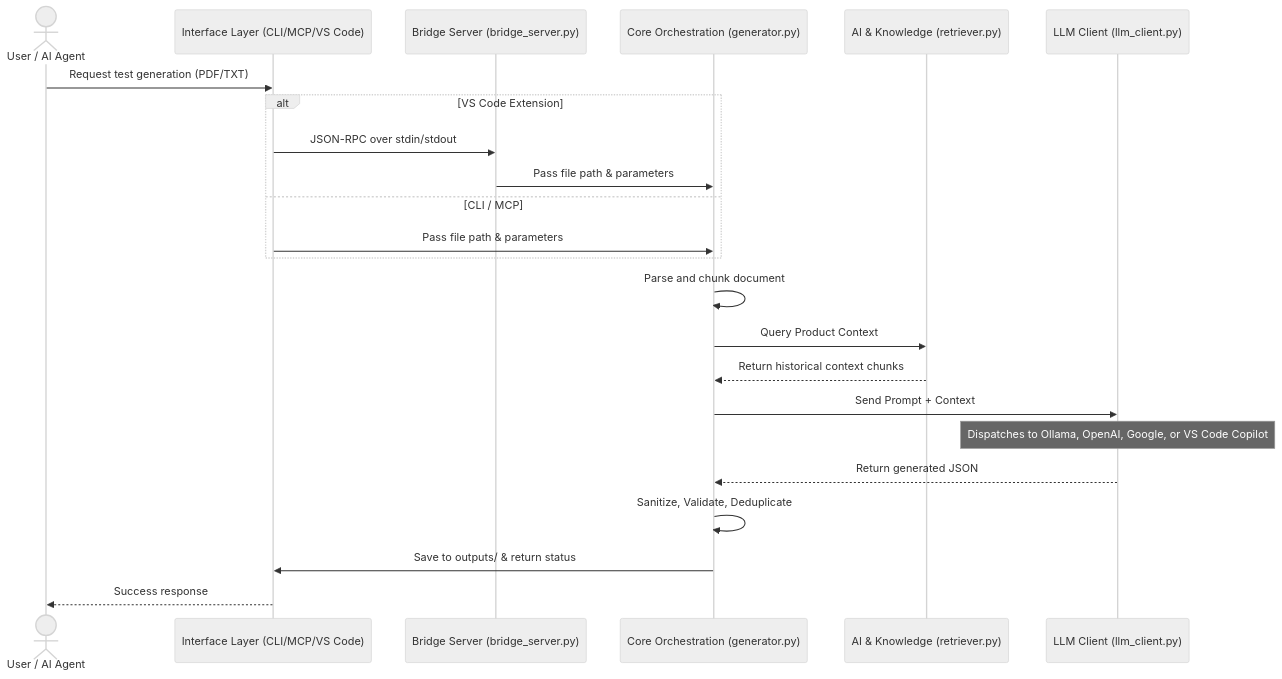
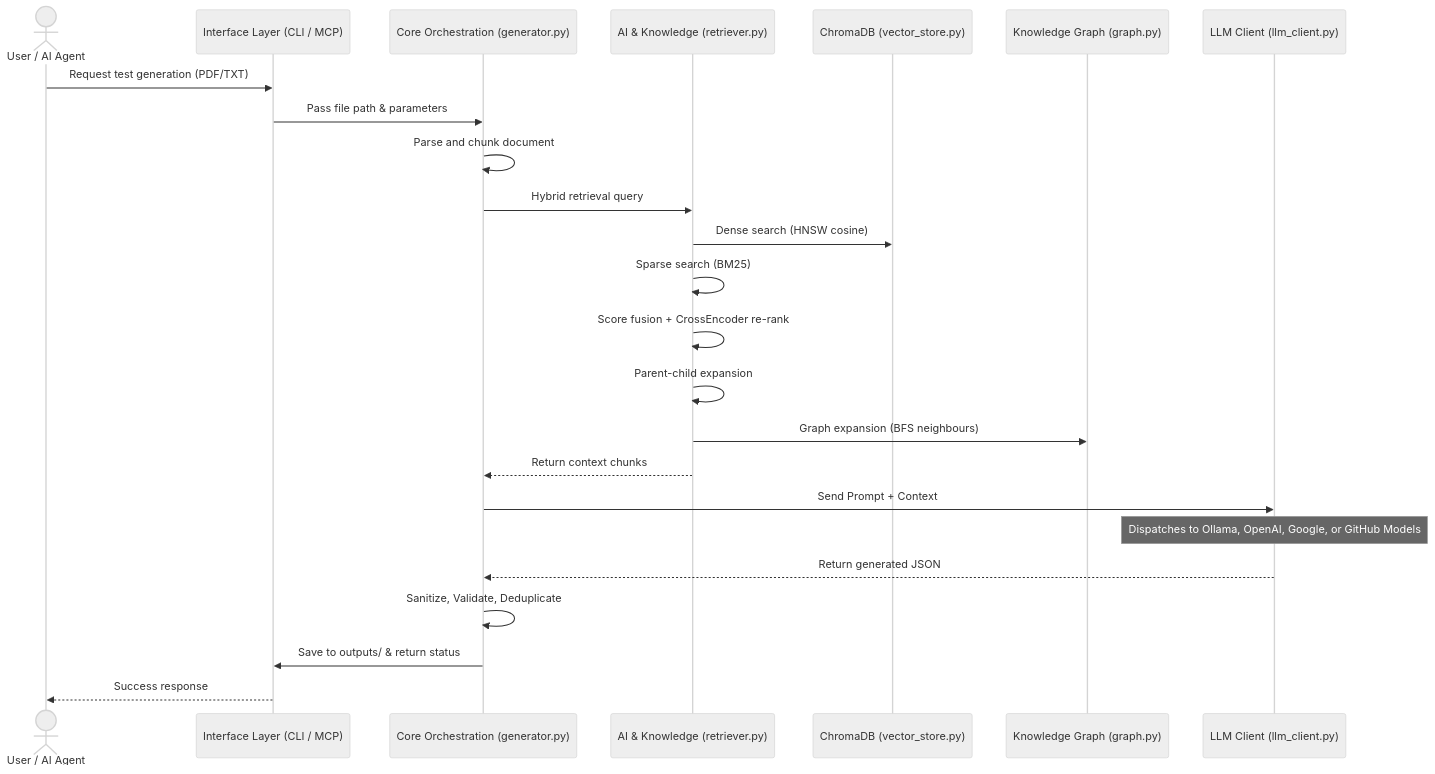
One commit to tanveer-ba-11897/caseCraft changed the diagram in README.md. Above: the diagram before and after it, drawn with Mermaid (neutral theme). The commit also changed other lines of this file and 44 other files, not shown here.

First line of the commit message:
Major refactor: remove VS Code extension, add knowledge graph, cache, enhanced RAG retrieval, and GitHub Models support

````diff
--- a/README.md
+++ b/README.md
@@ -9,26 +9,27 @@
 ```mermaid
 sequenceDiagram
     actor User as User / AI Agent
-    participant Interface as Interface Layer (CLI/MCP/VS Code)
-    participant Bridge as Bridge Server (bridge_server.py)
+    participant Interface as Interface Layer (CLI / MCP)
     participant Core as Core Orchestration (generator.py)
     participant RAG as AI & Knowledge (retriever.py)
+    participant VDB as ChromaDB (vector_store.py)
+    participant KG as Knowledge Graph (graph.py)
     participant LLM as LLM Client (llm_client.py)
     
     User->>Interface: Request test generation (PDF/TXT)
-    alt VS Code Extension
-        Interface->>Bridge: JSON-RPC over stdin/stdout
-        Bridge->>Core: Pass file path & parameters
-    else CLI / MCP
-        Interface->>Core: Pass file path & parameters
-    end
+    Interface->>Core: Pass file path & parameters
     Core->>Core: Parse and chunk document
-    Core->>RAG: Query Product Context
-    RAG-->>Core: Return historical context chunks
+    Core->>RAG: Hybrid retrieval query
+    RAG->>VDB: Dense search (HNSW cosine)
+    RAG->>RAG: Sparse search (BM25)
+    RAG->>RAG: Score fusion + CrossEncoder re-rank
+    RAG->>RAG: Parent-child expansion
+    RAG->>KG: Graph expansion (BFS neighbours)
+    RAG-->>Core: Return context chunks
     Core->>LLM: Send Prompt + Context
-    Note over LLM: Dispatches to Ollama, OpenAI, Google, or VS Code Copilot
+    Note over LLM: Dispatches to Ollama, OpenAI, Google, or GitHub Models
     LLM-->>Core: Return generated JSON
     Core->>Core: Sanitize, Validate, Deduplicate
     Core->>Interface: Save to outputs/ & return status
     Interface-->>User: Success response
 ```
````
